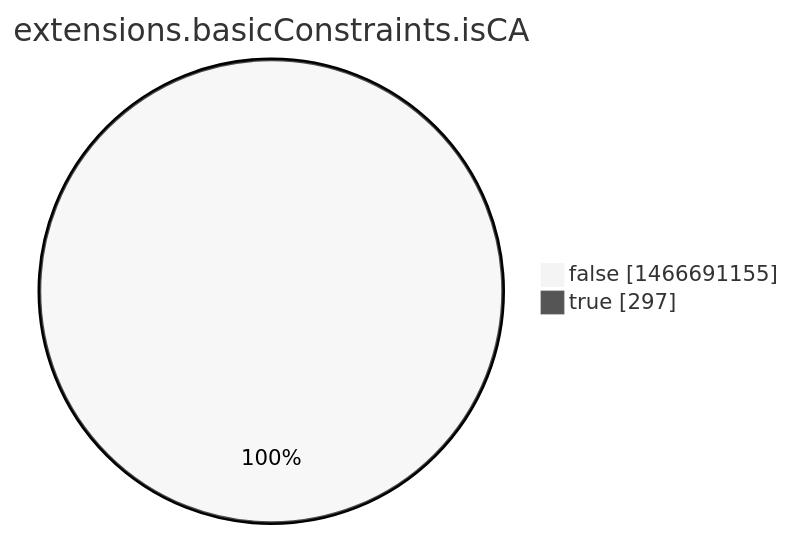
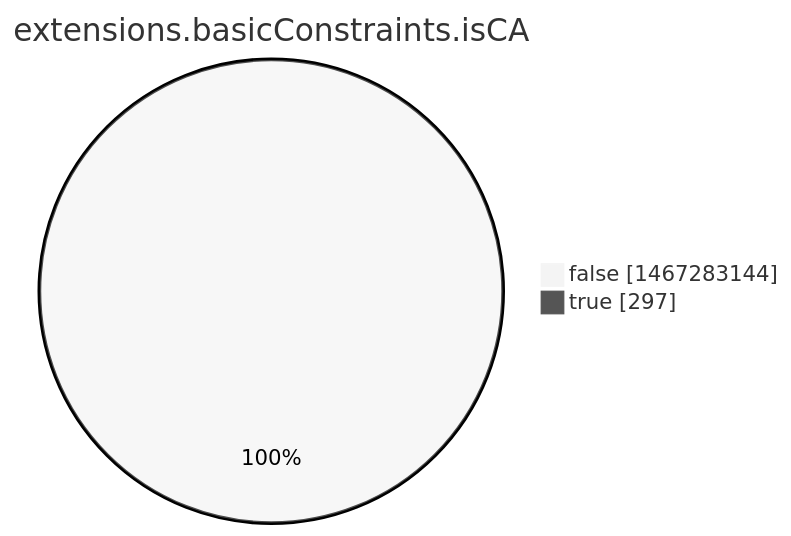
Before and after one commit to christiankrug/ctmonitor_visualization: the eighth of 15 diagrams in argon2022/README.md, drawn with Mermaid (neutral theme). The commit also changed other lines of this file, not shown here.

````diff
--- a/argon2022/README.md
+++ b/argon2022/README.md
@@ -2760,6 +2760,6 @@
 ```mermaid
 pie showData
 title extensions.basicConstraints.isCA
-"false" :1466691155
+"false" :1467283144
 "true" :297
 ```
````
